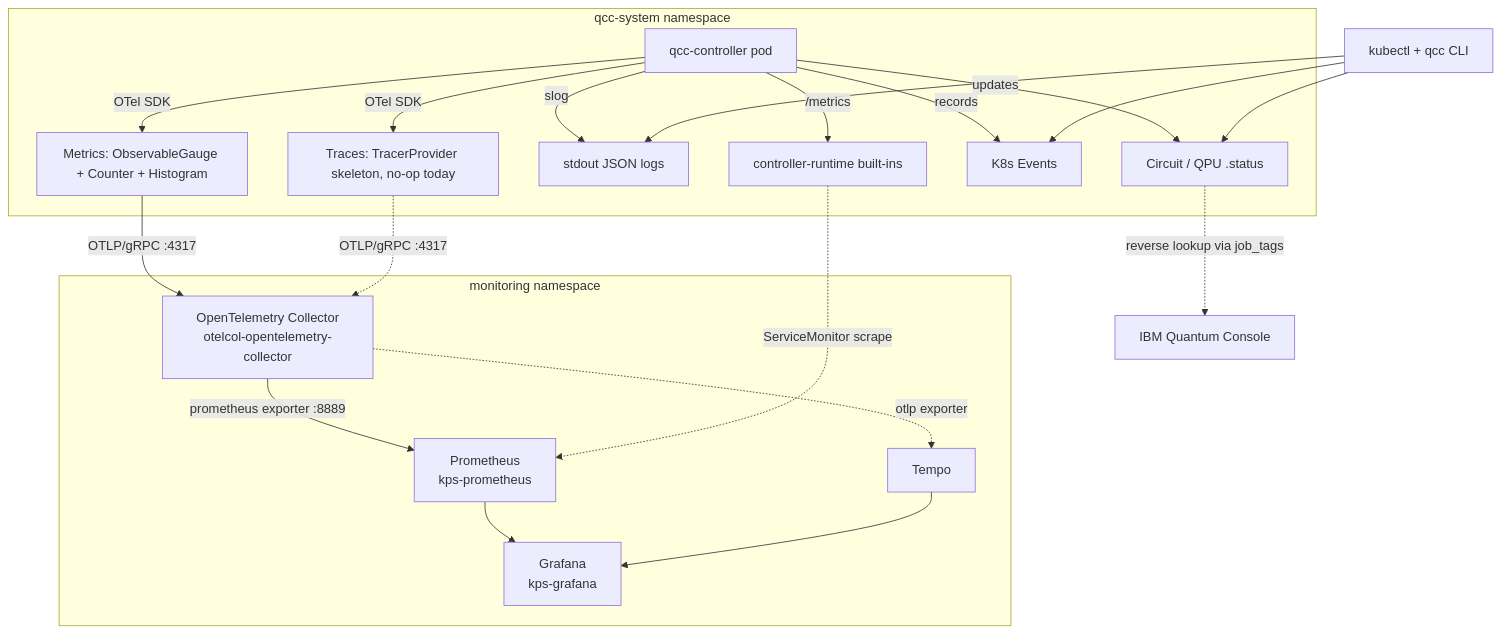
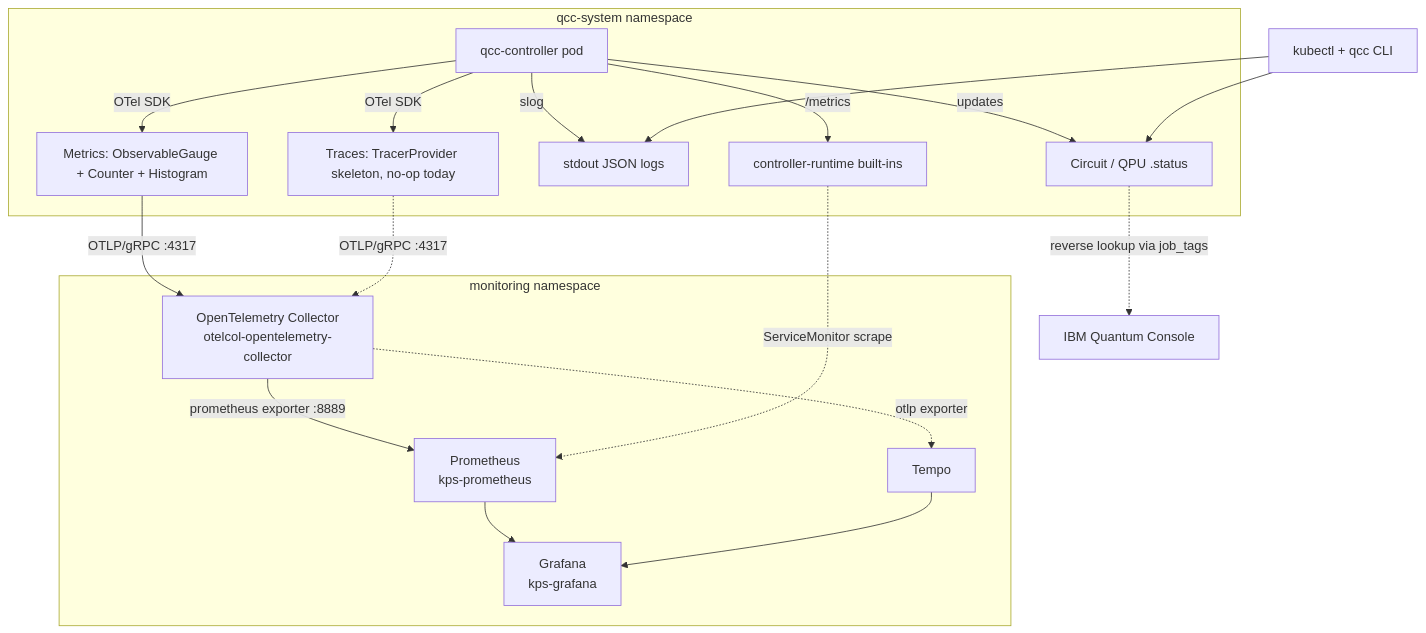
The diagram in docs/systems-design/QCC-Observability.md (ioaiaaii/quantum-circuit-controller), drawn with Mermaid before and after one commit. The commit also changed other lines of this file and 13 other files, not shown here.

````diff
--- a/docs/systems-design/QCC-Observability.md
+++ b/docs/systems-design/QCC-Observability.md
@@ -70,33 +71,31 @@
 ```mermaid
 flowchart TD
     subgraph qcc_ns["qcc-system namespace"]
       QCC[qcc-controller pod]
       QCC -- OTel SDK --> SDK_M[Metrics: ObservableGauge + Counter + Histogram]
       QCC -- OTel SDK --> SDK_T[Traces: TracerProvider skeleton, no-op today]
       QCC -- slog --> StdoutLogs[stdout JSON logs]
       QCC -- updates --> CRD[Circuit / QPU .status]
-      QCC -- records --> KEvents[K8s Events]
       QCC -- /metrics --> CRMetrics[controller-runtime built-ins]
     end
 
     subgraph mon_ns["monitoring namespace"]
       OC[OpenTelemetry Collector<br/>otelcol-opentelemetry-collector]
       Prom[Prometheus<br/>kps-prometheus]
       Tempo[Tempo]
       Graf[Grafana<br/>kps-grafana]
     end
 
     SDK_M -- OTLP/gRPC :4317 --> OC
     SDK_T -. OTLP/gRPC :4317 .-> OC
     OC -- prometheus exporter :8889 --> Prom
     OC -. otlp exporter .-> Tempo
     CRMetrics -. ServiceMonitor scrape .-> Prom
     Prom --> Graf
     Tempo --> Graf
 
     User[kubectl + qcc CLI] --> CRD
-    User --> KEvents
     User --> StdoutLogs
 
     CRD -. reverse lookup via job_tags .-> IBM[IBM Quantum Console]
 ```
````
